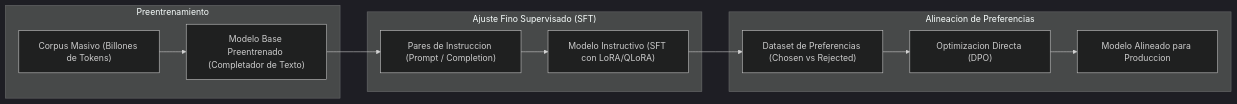
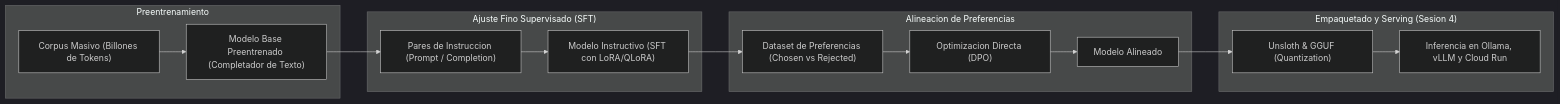
One commit to jggomez/workshop-open-models changed the first of 7 diagrams in session-03-fine-tuning-llms/playbook-tecnico-sesion-3.md. Above: the diagram before and after it, drawn with Mermaid (dark theme). The commit also changed other lines of this file and 3 other files, not shown here.

````diff
--- a/session-03-fine-tuning-llms/playbook-tecnico-sesion-3.md
+++ b/session-03-fine-tuning-llms/playbook-tecnico-sesion-3.md
@@ -18,17 +18,22 @@
 ```mermaid
 flowchart LR
     subgraph Preentrenamiento
         Corpus["Corpus Masivo (Billones de Tokens)"] --> BaseLM["Modelo Base Preentrenado (Completador de Texto)"]
     end
 
     subgraph SFT["Ajuste Fino Supervisado (SFT)"]
         BaseLM --> SFTData["Pares de Instruccion (Prompt / Completion)"]
         SFTData --> InstructLM["Modelo Instructivo (SFT con LoRA/QLoRA)"]
     end
 
     subgraph Alineacion["Alineacion de Preferencias"]
         InstructLM --> PrefData["Dataset de Preferencias (Chosen vs Rejected)"]
         PrefData --> DPO["Optimizacion Directa (DPO)"]
-        DPO --> AlignedLM["Modelo Alineado para Produccion"]
+        DPO --> AlignedLM["Modelo Alineado"]
+    end
+
+    subgraph Serving["Empaquetado y Serving (Sesion 4)"]
+        AlignedLM --> UnslothGGUF["Unsloth & GGUF (Quantization)"]
+        UnslothGGUF --> ProdServing["Inferencia en Ollama, vLLM y Cloud Run"]
     end
 ```
````
